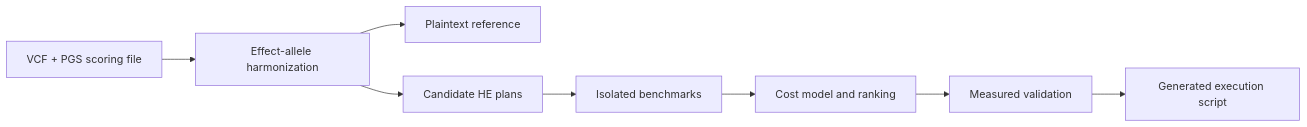
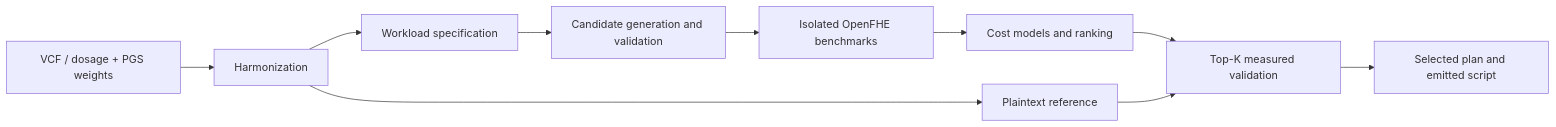
The diagram in README.md (CHOMINWOO1/AutoHE-PRS), drawn with Mermaid before and after one commit. The commit also changed other lines of this file, not shown here.

Commit message:
Expand README with architecture, results and reproduction guidance

````diff
--- a/README.md
+++ b/README.md
@@ -7,10 +25,12 @@
 ```mermaid
 flowchart LR
-    A[VCF + PGS scoring file] --> B[Effect-allele harmonization]
+    A[VCF / dosage + PGS weights] --> B[Harmonization]
     B --> C[Plaintext reference]
-    B --> D[Candidate HE plans]
-    D --> E[Isolated benchmarks]
-    E --> F[Cost model and ranking]
-    F --> G[Measured validation]
-    G --> H[Generated execution script]
+    B --> D[Workload specification]
+    D --> E[Candidate generation and validation]
+    E --> F[Isolated OpenFHE benchmarks]
+    F --> G[Cost models and ranking]
+    G --> H[Top-K measured validation]
+    C --> H
+    H --> I[Selected plan and emitted script]
 ```
````
